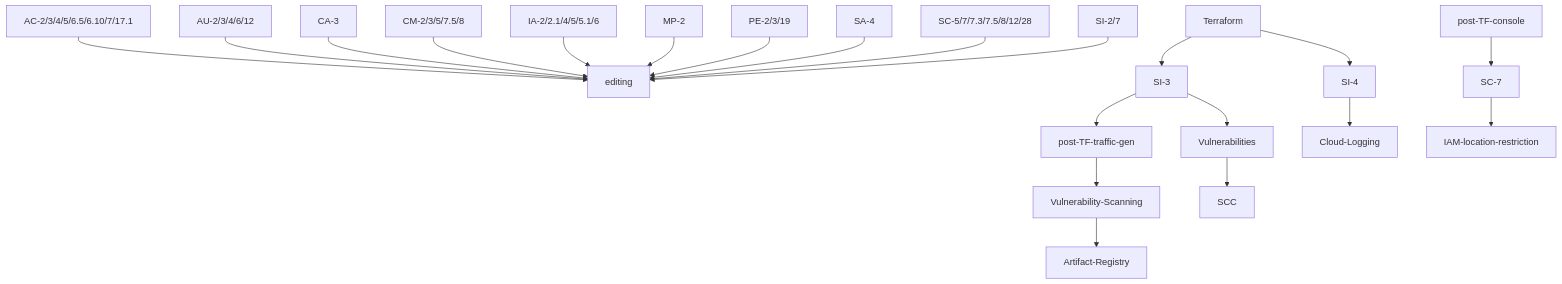
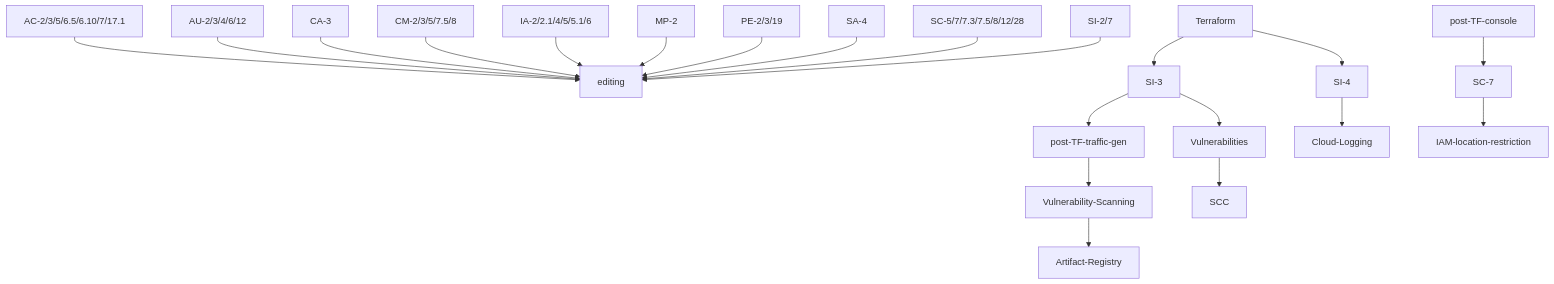
The diagram in docs/google-cloud-security-controls.md (GoogleCloudPlatform/pbmm-on-gcp-onboarding), drawn with Mermaid before and after one commit. The commit also changed other lines of this file, not shown here.

````diff
--- a/docs/google-cloud-security-controls.md
+++ b/docs/google-cloud-security-controls.md
@@ -5,29 +5,29 @@
 ```mermaid
 graph TD;
-    AC-2/3/4/5/6.5/6.10/7/17.1-->editing;
+    AC-2/3/5/6.5/6.10/7/17.1-->editing;
 
     AU-2/3/4/6/12-->editing;
 
     CA-3-->editing;
     CM-2/3/5/7.5/8-->editing;
 
     IA-2/2.1/4/5/5.1/6-->editing;
     
     MP-2-->editing;
     PE-2/3/19-->editing;
     SA-4-->editing;
     SC-5/7/7.3/7.5/8/12/28-->editing;
     SI-2/7-->editing;
     
     Terraform-->SI-3;
     Terraform-->SI-4;
     SI-3-->post-TF-traffic-gen;
     post-TF-traffic-gen-->Vulnerability-Scanning;
     Vulnerability-Scanning-->Artifact-Registry;
     SI-3-->Vulnerabilities;
     Vulnerabilities-->SCC;
     SI-4-->Cloud-Logging;
     post-TF-console-->SC-7;
     
     SC-7-->IAM-location-restriction;
 ```
````
